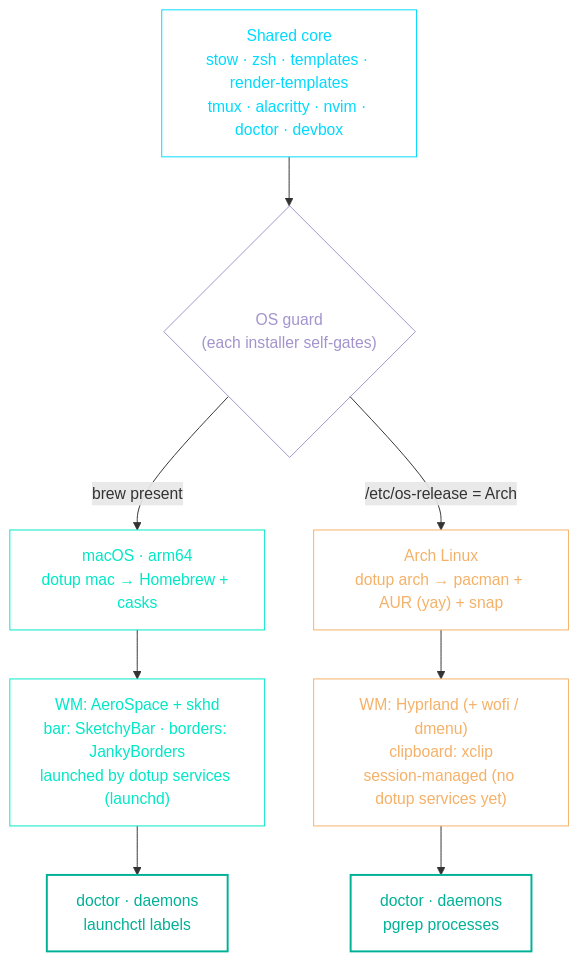
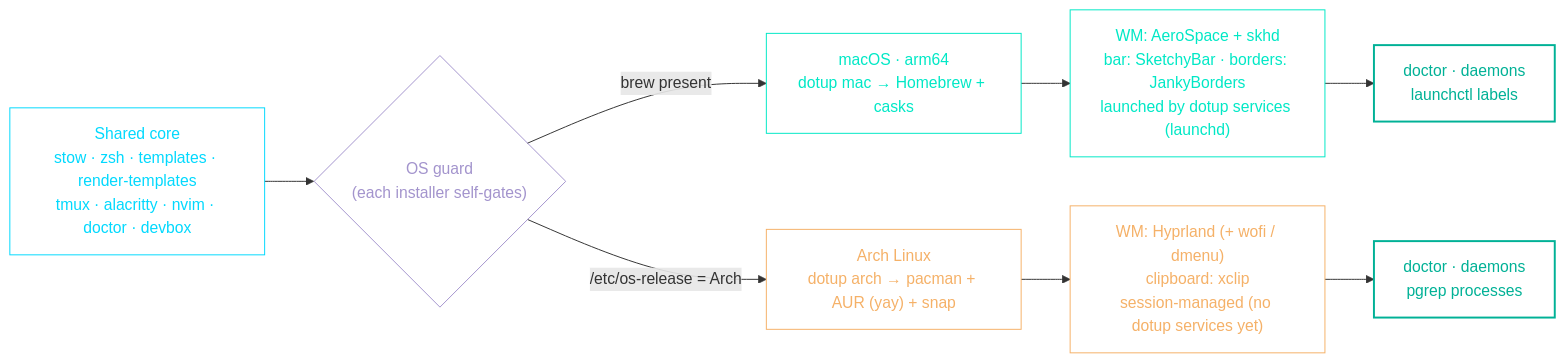
One commit to hallaji/dotfiles changed the second of 2 diagrams in docs/ARCHITECTURE.md. Above: the diagram before and after it, drawn with Mermaid.

Commit message:
fix: update architecture diagram flow direction

````diff
--- a/docs/ARCHITECTURE.md
+++ b/docs/ARCHITECTURE.md
@@ -110,24 +110,24 @@
 ```mermaid
-flowchart TD
+flowchart LR
     core["Shared core<br/>stow · zsh · templates · render-templates<br/>tmux · alacritty · nvim · doctor · devbox"]:::core
     core --> gate{"OS guard<br/>(each installer self-gates)"}:::gate
 
     gate -->|"brew present"| mac["macOS · arm64<br/>dotup mac → Homebrew + casks"]:::mac
     gate -->|"/etc/os-release = Arch"| arch["Arch Linux<br/>dotup arch → pacman + AUR (yay) + snap"]:::linux
 
     mac --> macrt["WM: AeroSpace + skhd<br/>bar: SketchyBar · borders: JankyBorders<br/>launched by dotup services (launchd)"]:::mac
     arch --> linrt["WM: Hyprland (+ wofi / dmenu)<br/>clipboard: xclip<br/>session-managed (no dotup services yet)"]:::linux
 
     macrt --> dchk["doctor · daemons<br/>launchctl labels"]:::check
     linrt --> dchk2["doctor · daemons<br/>pgrep processes"]:::check
 
     %% Colors from config/env/.env palette:
     %% core = #02d9fe (PALETTE_UI_BORDER)   gate  = #a394cd (PALETTE_SE_FOCUS)
     %% mac  = #00e8c6 (PALETTE_SY_STRING)   linux = #f5b168 (PALETTE_SE_WARNING)
     %% check = #00b196 (PALETTE_SE_SUCCESS)
     classDef core fill:transparent,stroke:#02d9fe,color:#02d9fe
     classDef gate fill:transparent,stroke:#a394cd,color:#a394cd
     classDef mac fill:transparent,stroke:#00e8c6,color:#00e8c6
     classDef linux fill:transparent,stroke:#f5b168,color:#f5b168
     classDef check fill:transparent,stroke:#00b196,stroke-width:2px,color:#00b196
 ```
````
